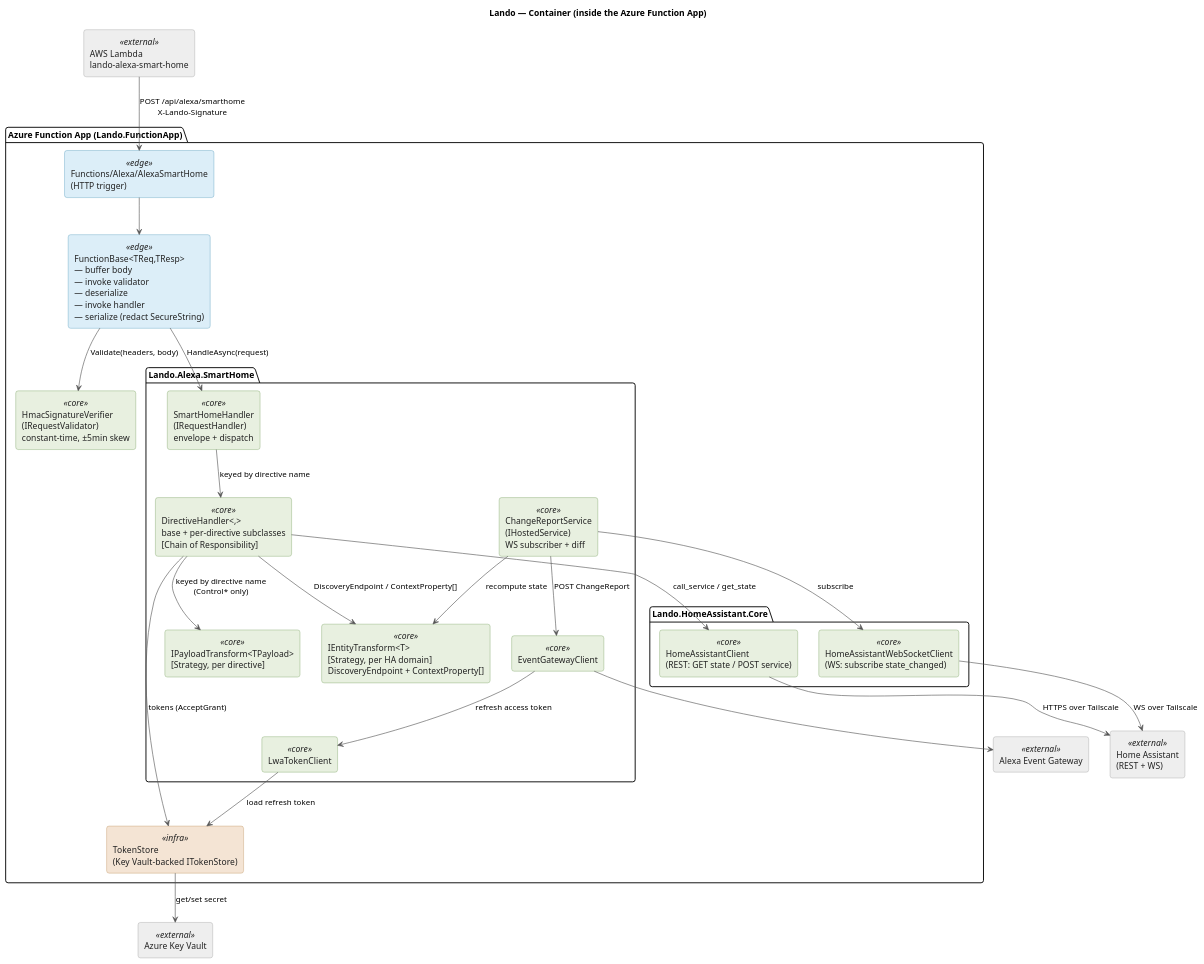
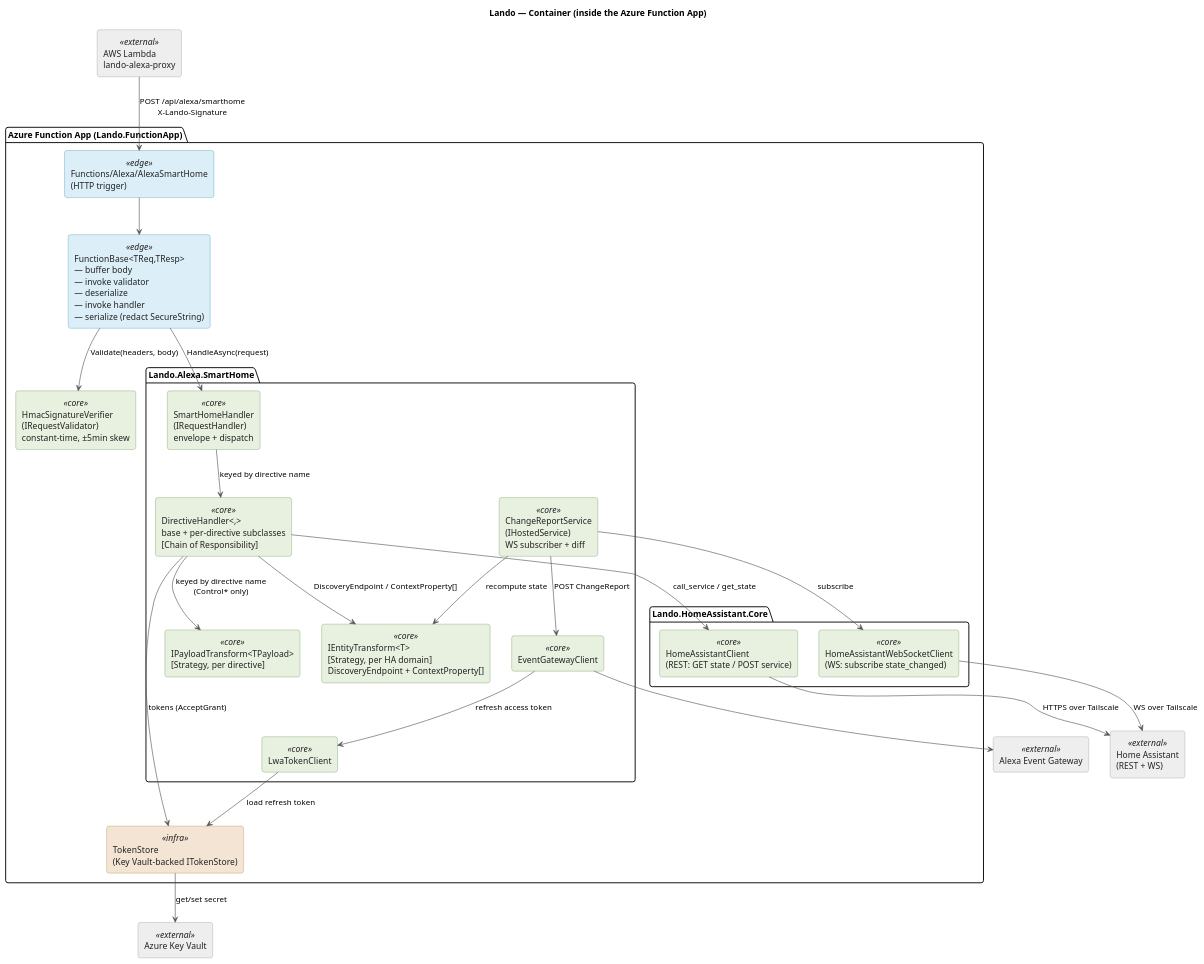
One commit to mirapalheta/lando changed the diagram in docs/assets/src/02-container.puml. Above: the diagram before and after it, drawn with PlantUML. The commit also changed 100 other files, not shown here.

```diff
--- a/docs/assets/src/02-container.puml
+++ b/docs/assets/src/02-container.puml
@@ -1,68 +1,68 @@
 @startuml 02-container
 title Lando — Container (inside the Azure Function App)
 
 skinparam defaultFontName Helvetica
 skinparam shadowing false
 skinparam roundCorner 8
 skinparam ArrowColor #555555
 
 skinparam rectangle {
   BackgroundColor<<edge>>     #DCEEF8
   BorderColor<<edge>>         #2E86AB
   BackgroundColor<<core>>     #E8F0E0
   BorderColor<<core>>         #5B8C3E
   BackgroundColor<<infra>>    #F4E4D4
   BorderColor<<infra>>        #B07A3D
   BackgroundColor<<external>> #EEEEEE
   BorderColor<<external>>     #888888
   FontColor                   #222222
 }
 
-rectangle "AWS Lambda\nlando-alexa-smart-home" as lambda <<external>>
+rectangle "AWS Lambda\nlando-alexa-proxy" as lambda <<external>>
 rectangle "Alexa Event Gateway" as gw <<external>>
 rectangle "Home Assistant\n(REST + WS)" as ha <<external>>
 rectangle "Azure Key Vault" as kv <<external>>
 
 package "Azure Function App (Lando.FunctionApp)" {
   rectangle "Functions/Alexa/AlexaSmartHome\n(HTTP trigger)" as trigger <<edge>>
   rectangle "FunctionBase<TReq,TResp>\n— buffer body\n— invoke validator\n— deserialize\n— invoke handler\n— serialize (redact SecureString)" as base <<edge>>
   rectangle "HmacSignatureVerifier\n(IRequestValidator)\nconstant-time, ±5min skew" as hmac <<core>>
 
   package "Lando.Alexa.SmartHome" {
     rectangle "SmartHomeHandler\n(IRequestHandler)\nenvelope + dispatch" as smh <<core>>
     rectangle "DirectiveHandler<,>\nbase + per-directive subclasses\n[Chain of Responsibility]" as dh <<core>>
     rectangle "IPayloadTransform<TPayload>\n[Strategy, per directive]" as pt <<core>>
     rectangle "IEntityTransform<T>\n[Strategy, per HA domain]\nDiscoveryEndpoint + ContextProperty[]" as et <<core>>
     rectangle "ChangeReportService\n(IHostedService)\nWS subscriber + diff" as crs <<core>>
     rectangle "EventGatewayClient" as egc <<core>>
     rectangle "LwaTokenClient" as lwa <<core>>
   }
 
   package "Lando.HomeAssistant.Core" {
     rectangle "HomeAssistantClient\n(REST: GET state / POST service)" as hac <<core>>
     rectangle "HomeAssistantWebSocketClient\n(WS: subscribe state_changed)" as haws <<core>>
   }
 
   rectangle "TokenStore\n(Key Vault-backed ITokenStore)" as ts <<infra>>
 }
 
 lambda --> trigger : POST /api/alexa/smarthome\nX-Lando-Signature
 trigger --> base
 base --> hmac : Validate(headers, body)
 base --> smh : HandleAsync(request)
 smh --> dh : keyed by directive name
 dh --> pt : keyed by directive name\n(Control* only)
 dh --> et : DiscoveryEndpoint / ContextProperty[]
 dh --> hac : call_service / get_state
 dh --> ts : tokens (AcceptGrant)
 hac --> ha : HTTPS over Tailscale
 haws --> ha : WS over Tailscale
 crs --> haws : subscribe
 crs --> et : recompute state
 crs --> egc : POST ChangeReport
 egc --> gw
 egc --> lwa : refresh access token
 lwa --> ts : load refresh token
 ts --> kv : get/set secret
 
 @enduml
```
